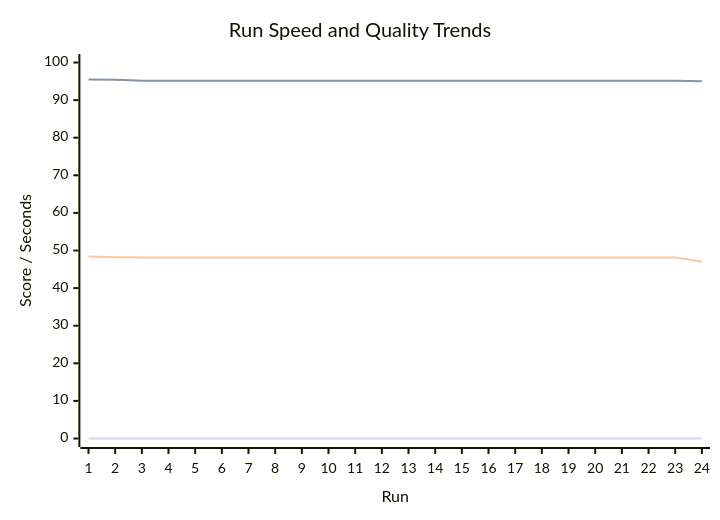
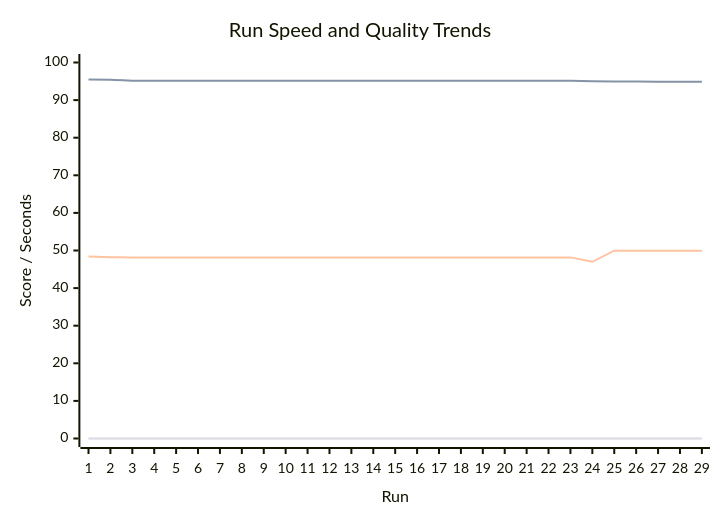
One commit to Jit-Paul-2008/Hexamind changed the first of 2 diagrams in reports-versioned/aggregated/run-results-dashboard.md. Above: the diagram before and after it, drawn with Mermaid. The commit also changed other lines of this file and 66 other files, not shown here.

````diff
--- a/reports-versioned/aggregated/run-results-dashboard.md
+++ b/reports-versioned/aggregated/run-results-dashboard.md
@@ -11,11 +11,11 @@
 ```mermaid
 xychart-beta
     title "Run Speed and Quality Trends"
-    x-axis "Run" [1, 2, 3, 4, 5, 6, 7, 8, 9, 10, 11, 12, 13, 14, 15, 16, 17, 18, 19, 20, 21, 22, 23, 24]
+    x-axis "Run" [1, 2, 3, 4, 5, 6, 7, 8, 9, 10, 11, 12, 13, 14, 15, 16, 17, 18, 19, 20, 21, 22, 23, 24, 25, 26, 27, 28, 29]
     y-axis "Score / Seconds" 0 --> 100
-    line "Accuracy" [0.0, 0.0, 0.0, 0.0, 0.0, 0.0, 0.0, 0.0, 0.0, 0.0, 0.0, 0.0, 0.0, 0.0, 0.0, 0.0, 0.0, 0.0, 0.0, 0.0, 0.0, 0.0, 0.0, 0.0]
-    line "Human-like" [95.51, 95.42, 95.12, 95.12, 95.12, 95.12, 95.12, 95.12, 95.12, 95.12, 95.12, 95.12, 95.12, 95.12, 95.12, 95.12, 95.12, 95.12, 95.12, 95.12, 95.12, 95.12, 95.12, 95.02]
-    line "Usefulness" [48.39, 48.2, 48.17, 48.17, 48.17, 48.17, 48.17, 48.17, 48.17, 48.17, 48.17, 48.17, 48.17, 48.17, 48.17, 48.17, 48.17, 48.17, 48.17, 48.17, 48.17, 48.17, 48.17, 47.0]
-    line "HumanReview" [0.0, 0.0, 0.0, 0.0, 0.0, 0.0, 0.0, 0.0, 0.0, 0.0, 0.0, 0.0, 0.0, 0.0, 0.0, 0.0, 0.0, 0.0, 0.0, 0.0, 0.0, 0.0, 0.0, 0.0]
-    line "SpeedSeconds" [187.48, 238.47, 237.45, 236.94, 236.7, 236.62, 236.35, 236.35, 236.43, 236.48, 236.36, 236.37, 236.38, 236.58, 236.46, 236.59, 236.56, 236.52, 236.52, 236.42, 236.44, 236.67, 237.16, 236.71]
+    line "Accuracy" [0.0, 0.0, 0.0, 0.0, 0.0, 0.0, 0.0, 0.0, 0.0, 0.0, 0.0, 0.0, 0.0, 0.0, 0.0, 0.0, 0.0, 0.0, 0.0, 0.0, 0.0, 0.0, 0.0, 0.0, 0.0, 0.0, 0.0, 0.0, 0.0]
+    line "Human-like" [95.51, 95.42, 95.12, 95.12, 95.12, 95.12, 95.12, 95.12, 95.12, 95.12, 95.12, 95.12, 95.12, 95.12, 95.12, 95.12, 95.12, 95.12, 95.12, 95.12, 95.12, 95.12, 95.12, 95.02, 94.92, 94.92, 94.91, 94.91, 94.91]
+    line "Usefulness" [48.39, 48.2, 48.17, 48.17, 48.17, 48.17, 48.17, 48.17, 48.17, 48.17, 48.17, 48.17, 48.17, 48.17, 48.17, 48.17, 48.17, 48.17, 48.17, 48.17, 48.17, 48.17, 48.17, 47.0, 49.95, 49.95, 49.95, 49.95, 49.95]
+    line "HumanReview" [0.0, 0.0, 0.0, 0.0, 0.0, 0.0, 0.0, 0.0, 0.0, 0.0, 0.0, 0.0, 0.0, 0.0, 0.0, 0.0, 0.0, 0.0, 0.0, 0.0, 0.0, 0.0, 0.0, 0.0, 0.0, 0.0, 0.0, 0.0, 0.0]
+    line "SpeedSeconds" [187.48, 238.47, 237.45, 236.94, 236.7, 236.62, 236.35, 236.35, 236.43, 236.48, 236.36, 236.37, 236.38, 236.58, 236.46, 236.59, 236.56, 236.52, 236.52, 236.42, 236.44, 236.67, 237.16, 236.71, 235.91, 236.19, 235.87, 235.0, 235.01]
 ```
````
